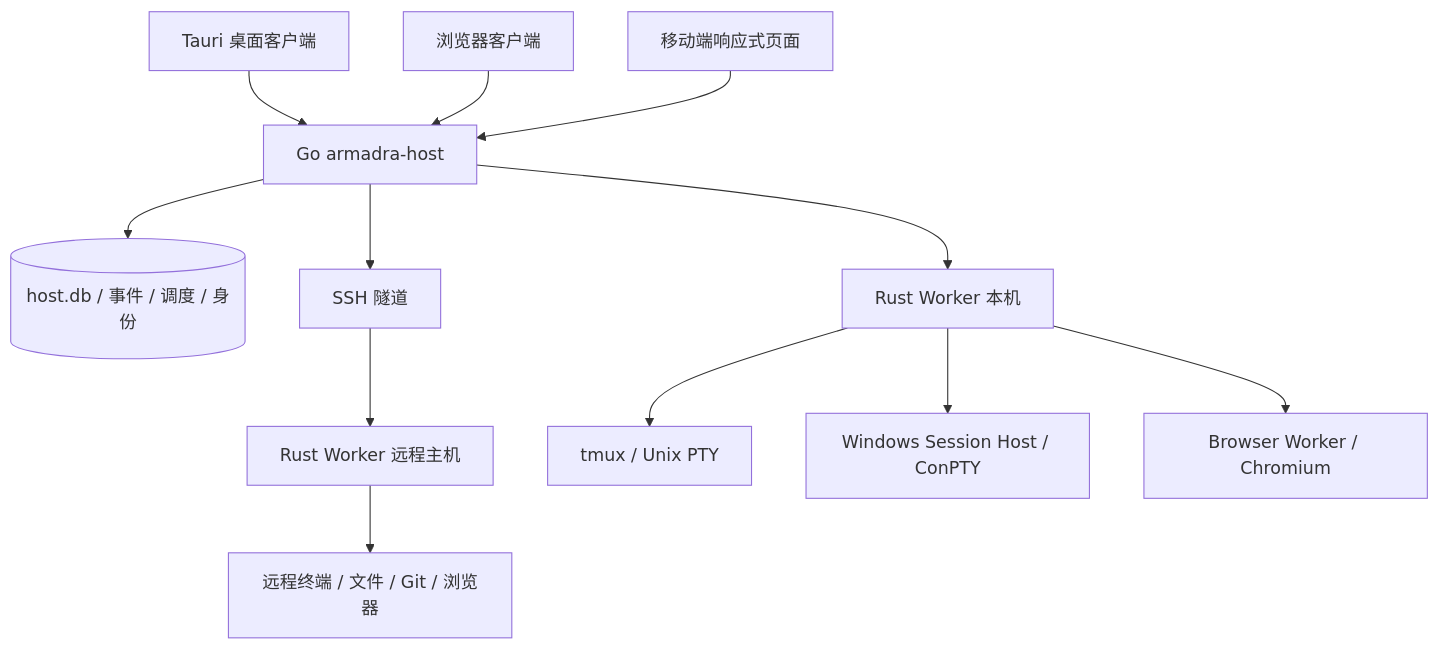
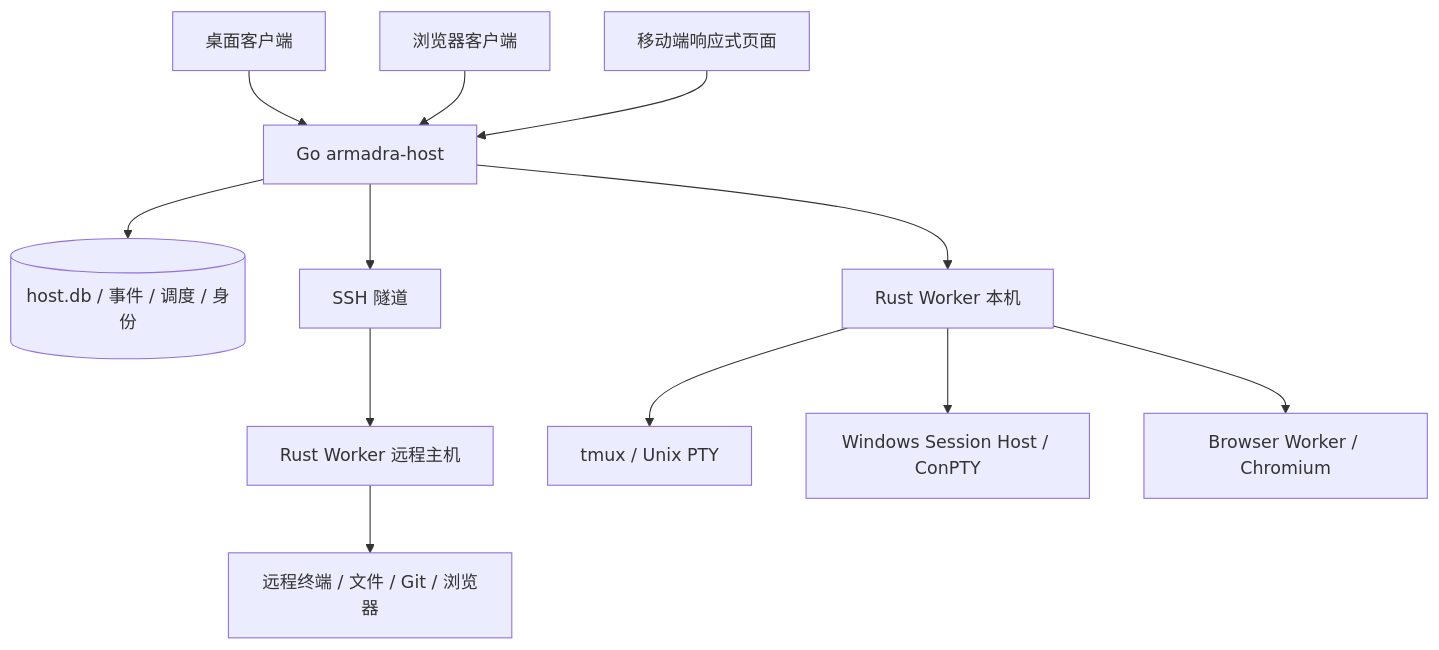
The diagram in docs/design/host-protocol-design.md (yovinchen/Armadra), drawn with Mermaid before and after one commit. The commit also changed other lines of this file and 29 other files, not shown here.

````diff
--- a/docs/design/host-protocol-design.md
+++ b/docs/design/host-protocol-design.md
@@ -8,14 +9,14 @@
 ```mermaid
 flowchart TD
-  Desktop[Tauri 桌面客户端] --> Host[Go armadra-host]
+  Desktop[桌面客户端] --> Host[Go armadra-host]
   Web[浏览器客户端] --> Host
   Mobile[移动端响应式页面] --> Host
   Host --> DB[(host.db / 事件 / 调度 / 身份)]
   Host --> Local[Rust Worker 本机]
   Host --> SSH[SSH 隧道]
   SSH --> Remote[Rust Worker 远程主机]
   Local --> Unix[tmux / Unix PTY]
   Local --> Windows[Windows Session Host / ConPTY]
   Local --> Browser[Browser Worker / Chromium]
   Remote --> Processes[远程终端 / 文件 / Git / 浏览器]
 ```
````
